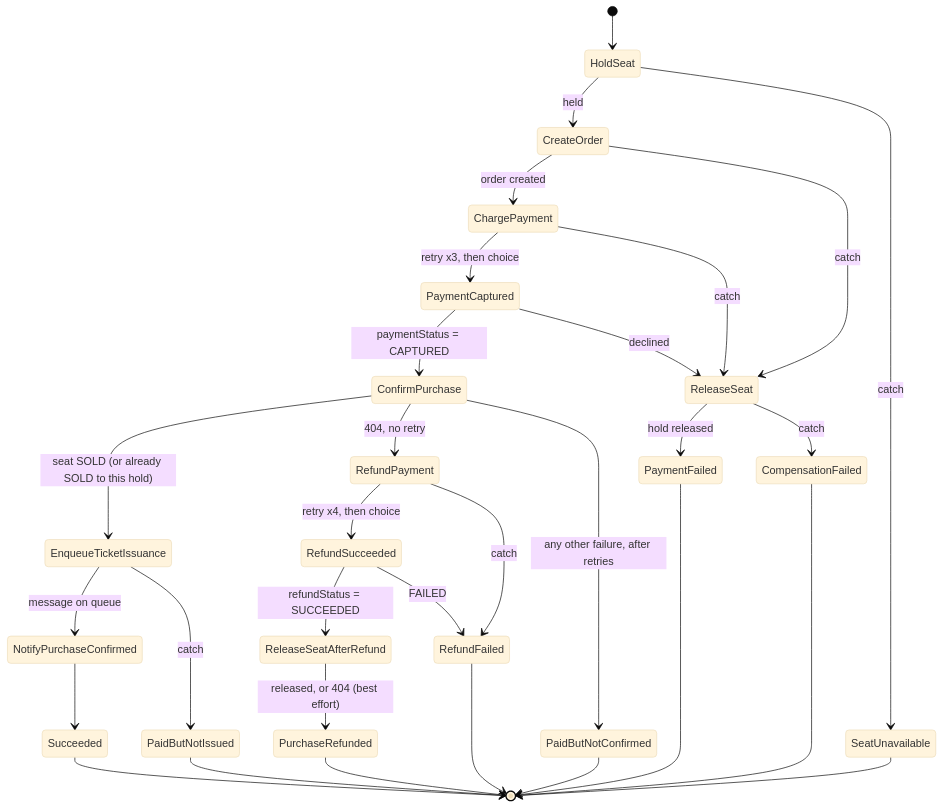
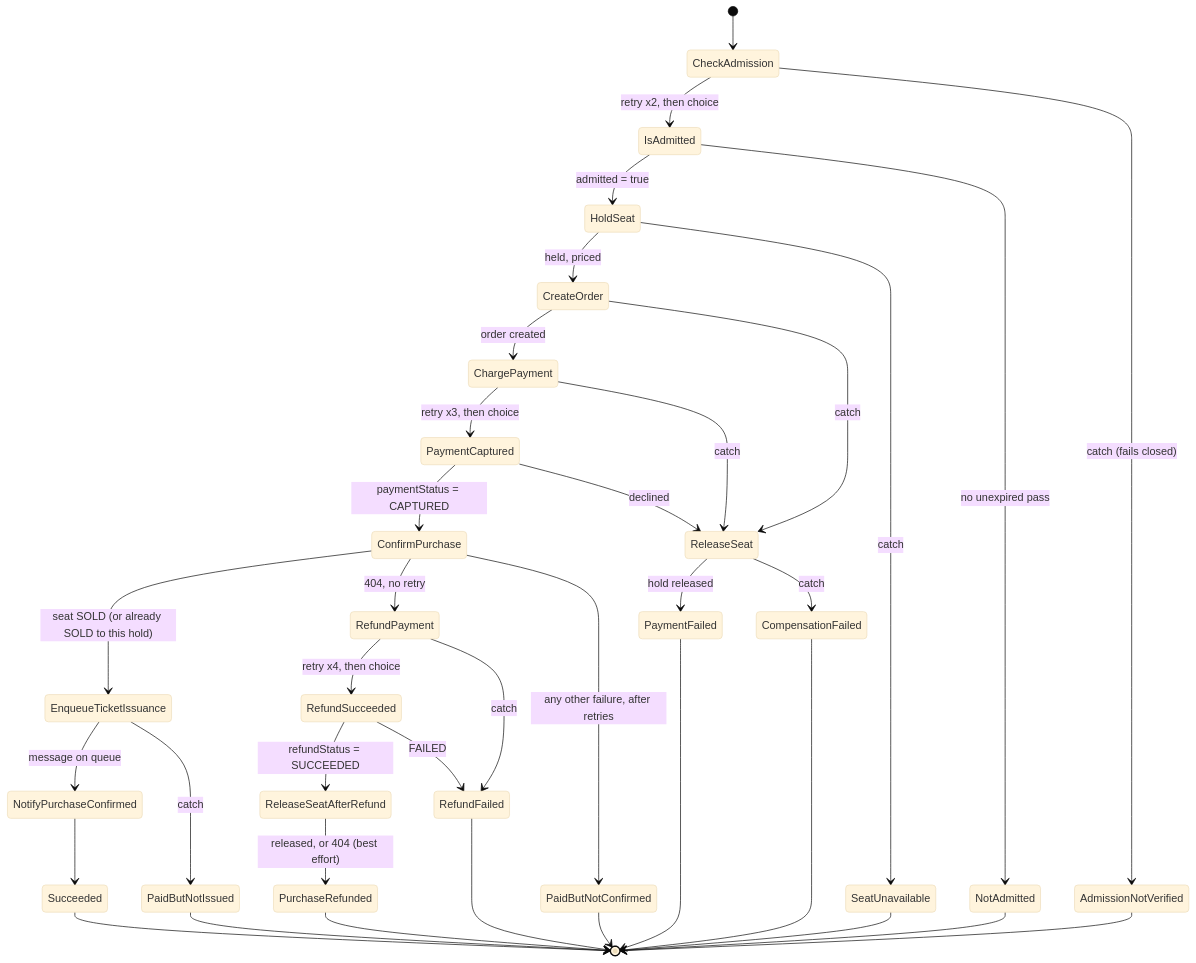
The third of 8 diagrams in docs/architecture.md (daliborjelicanin/ticket-waiting-room-aws), drawn with Mermaid (base theme) before and after one commit. The commit also changed other lines of this file and 22 other files, not shown here.

Commit message:
Check admission in the saga and charge the seat's own price

````diff
--- a/docs/architecture.md
+++ b/docs/architecture.md
@@ -217,43 +220,50 @@
 ```mermaid
 stateDiagram-v2
-    [*] --> HoldSeat
+    [*] --> CheckAdmission
 
-    HoldSeat --> CreateOrder: held
+    CheckAdmission --> IsAdmitted: retry x2, then choice
+    CheckAdmission --> AdmissionNotVerified: catch (fails closed)
+    IsAdmitted --> HoldSeat: admitted = true
+    IsAdmitted --> NotAdmitted: no unexpired pass
+
+    HoldSeat --> CreateOrder: held, priced
     HoldSeat --> SeatUnavailable: catch
 
     CreateOrder --> ChargePayment: order created
     CreateOrder --> ReleaseSeat: catch
 
     ChargePayment --> PaymentCaptured: retry x3, then choice
     ChargePayment --> ReleaseSeat: catch
 
     PaymentCaptured --> ConfirmPurchase: paymentStatus = CAPTURED
     PaymentCaptured --> ReleaseSeat: declined
 
     ConfirmPurchase --> EnqueueTicketIssuance: seat SOLD (or already SOLD to this hold)
     ConfirmPurchase --> RefundPayment: 404, no retry
     ConfirmPurchase --> PaidButNotConfirmed: any other failure, after retries
 
     RefundPayment --> RefundSucceeded: retry x4, then choice
     RefundPayment --> RefundFailed: catch
     RefundSucceeded --> ReleaseSeatAfterRefund: refundStatus = SUCCEEDED
     RefundSucceeded --> RefundFailed: FAILED
     ReleaseSeatAfterRefund --> PurchaseRefunded: released, or 404 (best effort)
 
     EnqueueTicketIssuance --> NotifyPurchaseConfirmed: message on queue
     EnqueueTicketIssuance --> PaidButNotIssued: catch
 
     NotifyPurchaseConfirmed --> Succeeded
     Succeeded --> [*]
 
     ReleaseSeat --> PaymentFailed: hold released
     ReleaseSeat --> CompensationFailed: catch
 
+    NotAdmitted --> [*]
+    AdmissionNotVerified --> [*]
     SeatUnavailable --> [*]
     PaymentFailed --> [*]
     CompensationFailed --> [*]
     PaidButNotConfirmed --> [*]
     PaidButNotIssued --> [*]
     PurchaseRefunded --> [*]
     RefundFailed --> [*]
 ```
````
